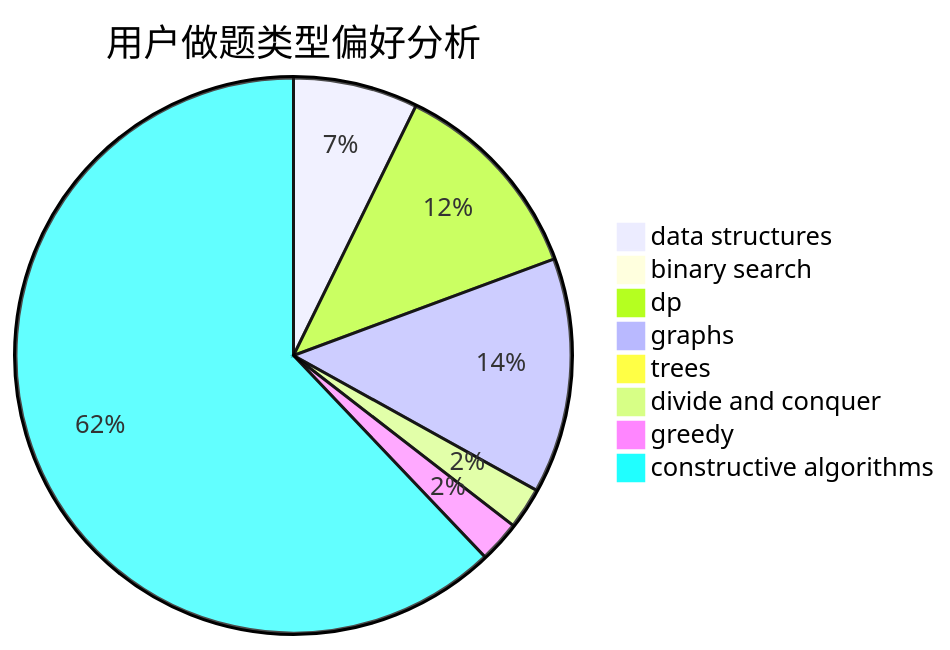
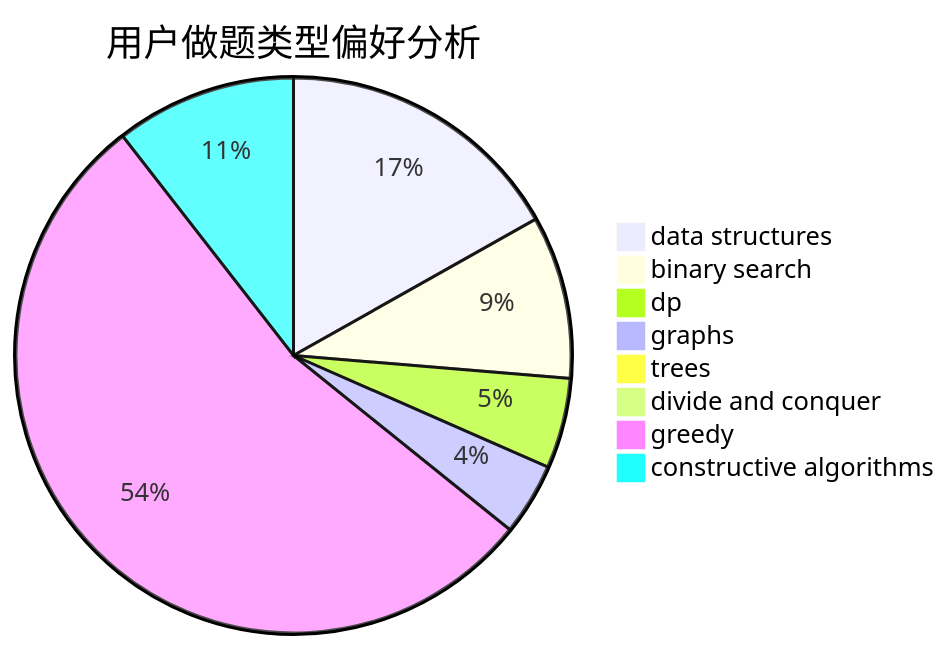
One commit to sherpahu/cfrs.github.io changed the second of 3 diagrams in docs/user/u2684.md. Above: the diagram before and after it, drawn with Mermaid. The commit also changed other lines of this file and 2770 other files, not shown here.

````diff
--- a/docs/user/u2684.md
+++ b/docs/user/u2684.md
@@ -23,11 +23,11 @@
 ```mermaid
 pie title 用户做题类型偏好分析
-    "data structures" :  9
-    "binary search" :  0
-    "dp" :  15
-    "graphs" :  17
+    "data structures" :  16
+    "binary search" :  9
+    "dp" :  5
+    "graphs" :  4
     "trees" :  0
-    "divide and conquer" :  3
-    "greedy" :  3
-    "constructive algorithms" :  77
+    "divide and conquer" :  0
+    "greedy" :  51
+    "constructive algorithms" :  10
 ```
````
